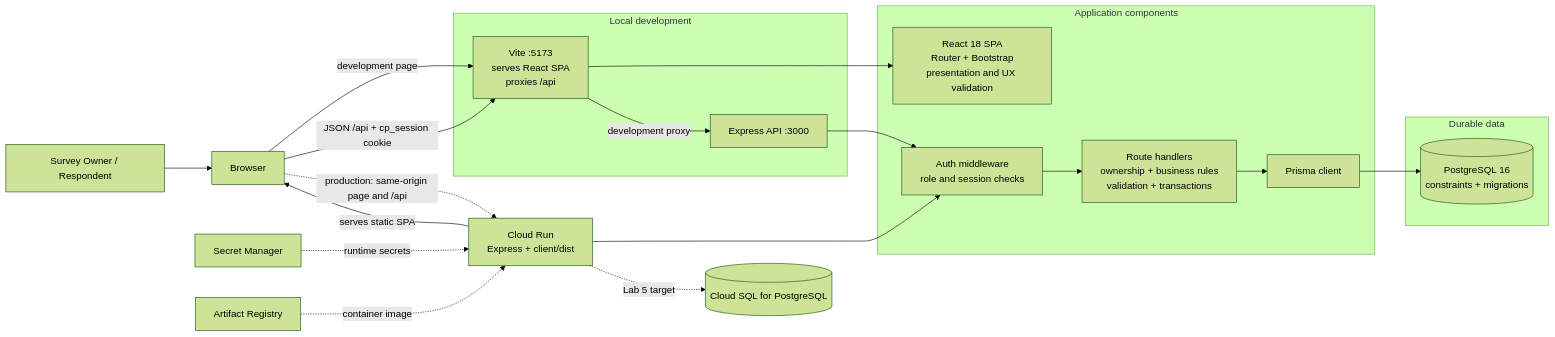
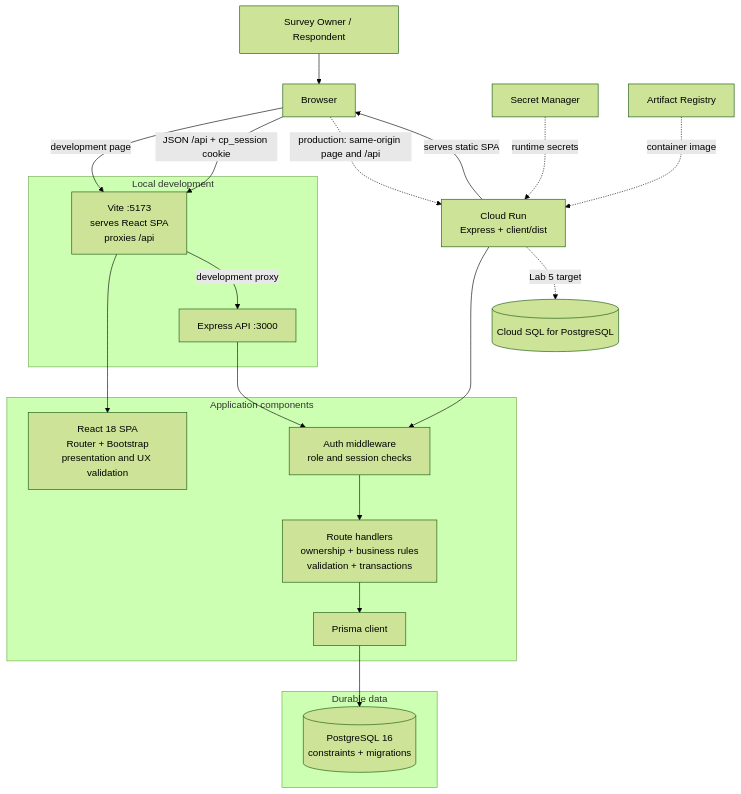
Before and after one commit to Punge089/classpulse: the diagram in docs/diagrams/architecture.md, drawn with Mermaid (forest theme).

Commit message:
docs(sds): use readable vertical architecture diagram

````diff
--- a/docs/diagrams/architecture.md
+++ b/docs/diagrams/architecture.md
@@ -3,37 +3,37 @@
 ```mermaid
-flowchart LR
+flowchart TD
     people[Survey Owner / Respondent]
 
     subgraph Local[Local development]
         vite[Vite :5173<br/>serves React SPA<br/>proxies /api]
         api[Express API :3000]
     end
 
     subgraph App[Application components]
         spa[React 18 SPA<br/>Router + Bootstrap<br/>presentation and UX validation]
         middleware[Auth middleware<br/>role and session checks]
         routes[Route handlers<br/>ownership + business rules<br/>validation + transactions]
         prisma[Prisma client]
     end
 
     subgraph Data[Durable data]
         postgres[(PostgreSQL 16<br/>constraints + migrations)]
     end
 
     people --> browser[Browser]
     browser -->|development page| vite
     vite --> spa
     browser -->|JSON /api + cp_session cookie| vite
     vite -->|development proxy| api
     api --> middleware
     middleware --> routes
     routes --> prisma
     prisma --> postgres
 
     browser -.->|production: same-origin page and /api| cloudrun[Cloud Run<br/>Express + client/dist]
     cloudrun --> middleware
     cloudrun -->|serves static SPA| browser
     cloudrun -.->|Lab 5 target| cloudsql[(Cloud SQL for PostgreSQL)]
     secrets[Secret Manager] -.->|runtime secrets| cloudrun
     registry[Artifact Registry] -.->|container image| cloudrun
 ```
````
